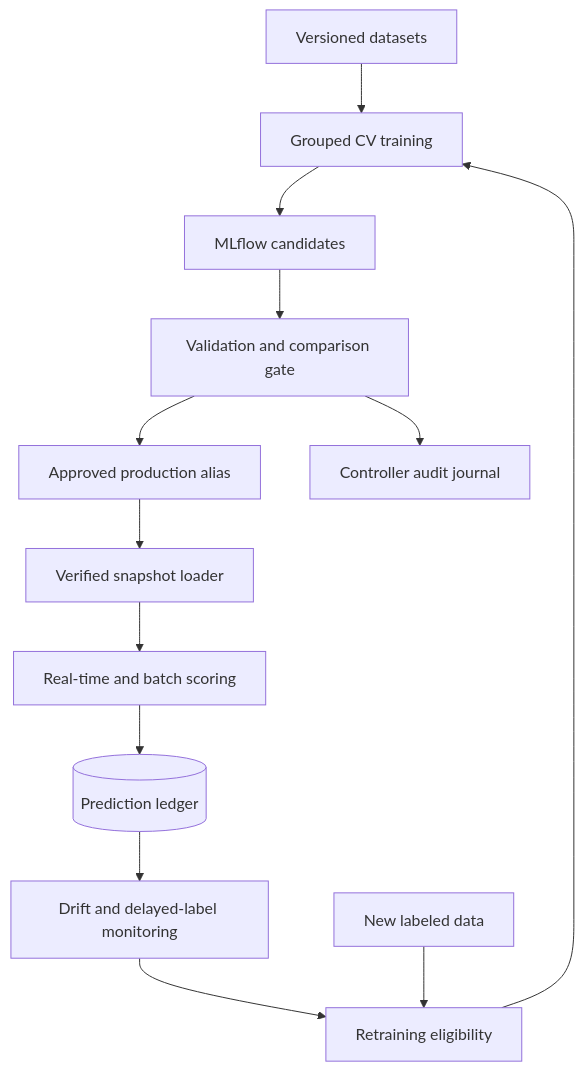
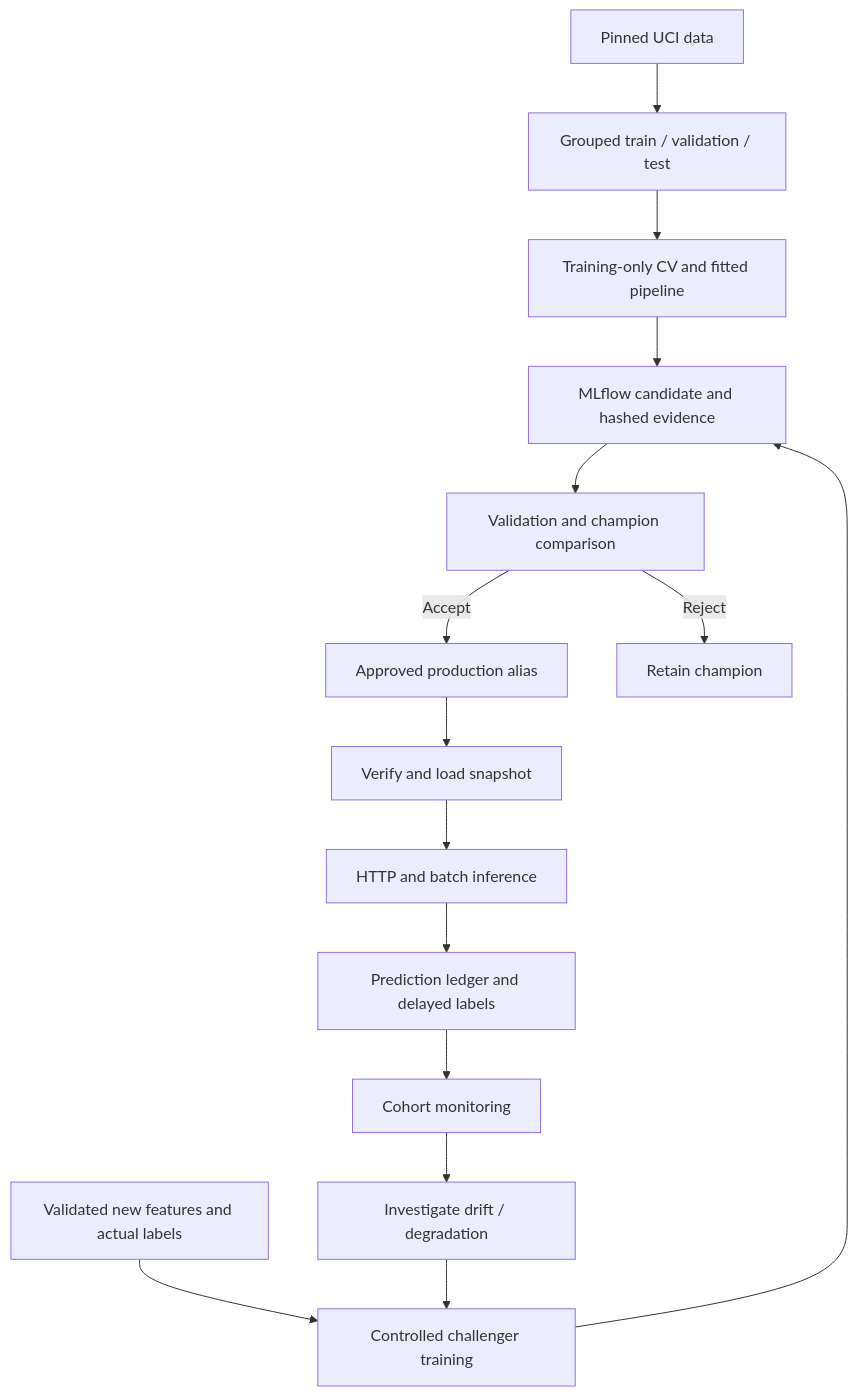
Before and after one commit to dope-1/production-ml-platform: the first of 3 diagrams in docs/architecture.md, drawn with Mermaid. The commit also changed other lines of this file and 17 other files, not shown here.

````diff
--- a/docs/architecture.md
+++ b/docs/architecture.md
@@ -3,15 +5,17 @@
 ```mermaid
 flowchart TD
-    Data[Versioned datasets] --> Train[Grouped CV training]
-    Train --> Registry[MLflow candidates]
-    Registry --> Gate[Validation and comparison gate]
-    Gate --> Alias[Approved production alias]
-    Gate --> Audit[Controller audit journal]
-    Alias --> Loader[Verified snapshot loader]
-    Loader --> Serve[Real-time and batch scoring]
-    Serve --> PG[(Prediction ledger)]
-    PG --> Monitor[Drift and delayed-label monitoring]
-    Monitor --> Trigger[Retraining eligibility]
-    New[New labeled data] --> Trigger
-    Trigger --> Train
+    Data["Pinned UCI data"] --> Split["Grouped train / validation / test"]
+    Split --> Train["Training-only CV and fitted pipeline"]
+    Train --> Registry["MLflow candidate and hashed evidence"]
+    Registry --> Gate["Validation and champion comparison"]
+    Gate -->|Accept| Alias["Approved production alias"]
+    Gate -->|Reject| Keep["Retain champion"]
+    Alias --> Load["Verify and load snapshot"]
+    Load --> Serve["HTTP and batch inference"]
+    Serve --> Ledger["Prediction ledger and delayed labels"]
+    Ledger --> Monitor["Cohort monitoring"]
+    Monitor --> Review["Investigate drift / degradation"]
+    New["Validated new features and actual labels"] --> Retrain["Controlled challenger training"]
+    Review --> Retrain
+    Retrain --> Registry
 ```
````
